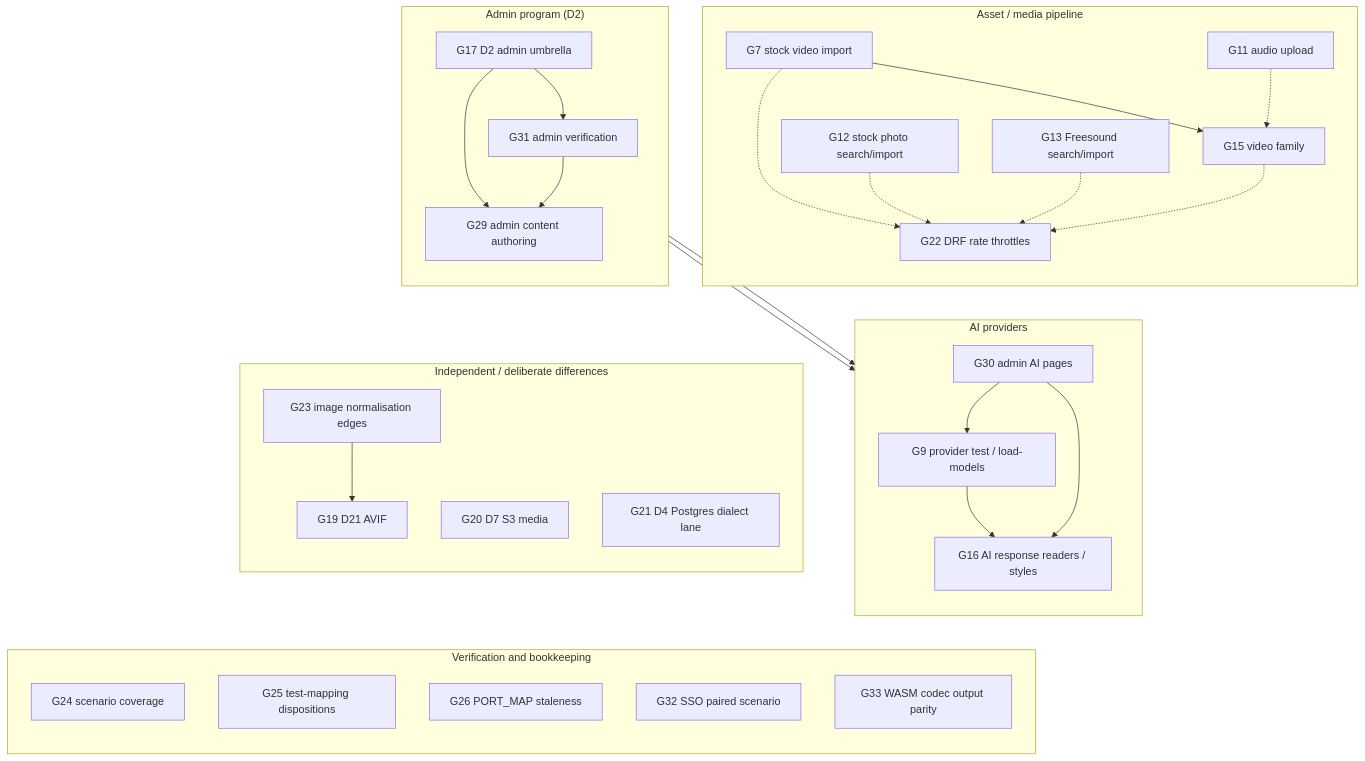
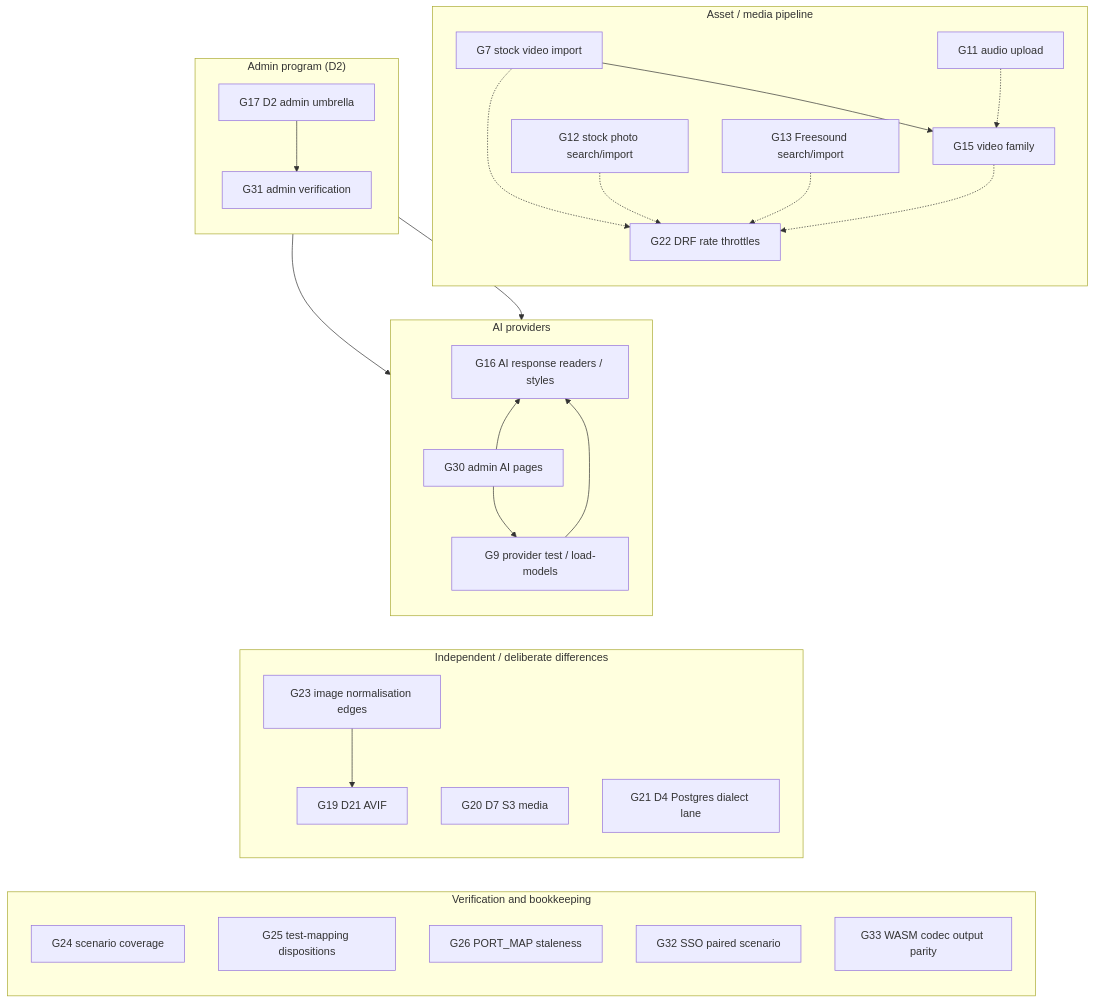
The diagram in docs/parity/GAPS.md (liyu1981/doory-go), drawn with Mermaid before and after one commit. The commit also changed other lines of this file and 6 other files, not shown here.

First line of the commit message:
Close the admin content authoring gap

````diff
--- a/docs/parity/GAPS.md
+++ b/docs/parity/GAPS.md
@@ -33,73 +33,70 @@
 ```mermaid
 flowchart TB
   %% asset / media pipeline
   subgraph Media["Asset / media pipeline"]
     direction TB
     G15["G15 video family"]
     G7["G7 stock video import"]
     G12["G12 stock photo search/import"]
     G13["G13 Freesound search/import"]
     G11["G11 audio upload"]
     G22["G22 DRF rate throttles"]
 
     G7 --> G15
     G7 -.-> G22
     G12 -.-> G22
     G13 -.-> G22
     G15 -.-> G22
     G11 -.-> G15
   end
 
   %% AI
   subgraph AI["AI providers"]
     direction TB
     G16["G16 AI response readers / styles"]
     G9["G9 provider test / load-models"]
     G30["G30 admin AI pages"]
 
     G9 --> G16
     G30 --> G9
     G30 --> G16
   end
 
   %% admin program
   subgraph Admin["Admin program (D2)"]
     direction TB
     G17["G17 D2 admin umbrella"]
-    G29["G29 admin content authoring"]
     G31["G31 admin verification"]
 
-    G17 --> G29
     G17 --> G30
     G17 --> G31
-    G31 --> G29
     G31 --> G30
   end
 
   %% independent deliberate differences
   subgraph Differences["Independent / deliberate differences"]
     direction TB
     G19["G19 D21 AVIF"]
     G20["G20 D7 S3 media"]
     G21["G21 D4 Postgres dialect lane"]
     G23["G23 image normalisation edges"]
 
     G23 --> G19
   end
 
   %% verification / bookkeeping (not feature prerequisites)
   subgraph Verification["Verification and bookkeeping"]
     direction TB
     G24["G24 scenario coverage"]
     G25["G25 test-mapping dispositions"]
     G26["G26 PORT_MAP staleness"]
     G32["G32 SSO paired scenario"]
     G33["G33 WASM codec output parity"]
   end
 
   %% Layout-only links: keep the clusters stacked vertically (they are invisible).
   G11 ~~~ G16
-  G16 ~~~ G29
-  G29 ~~~ G19
+  G16 ~~~ G30
+  G30 ~~~ G19
   G19 ~~~ G24
 ```
````
